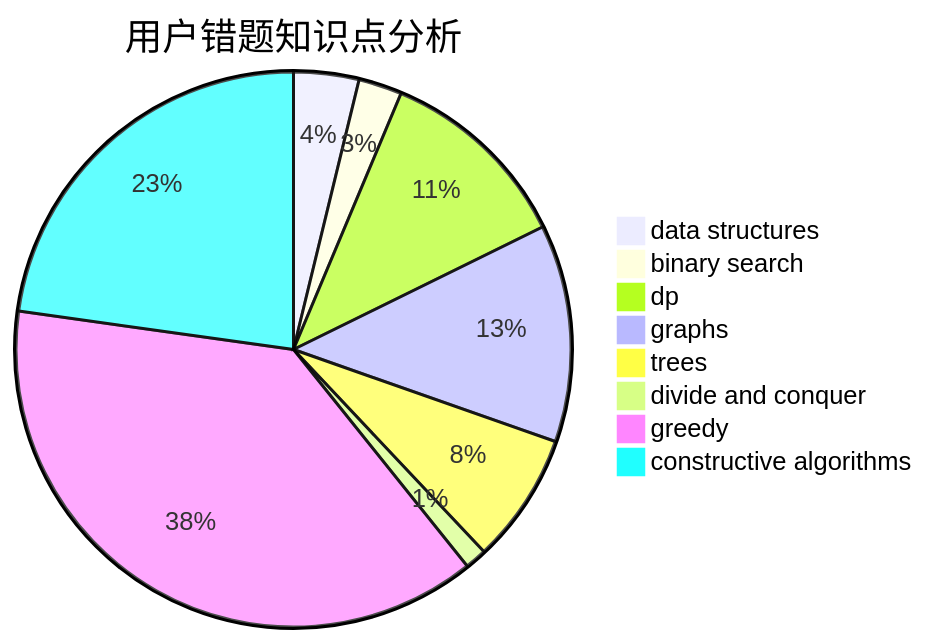
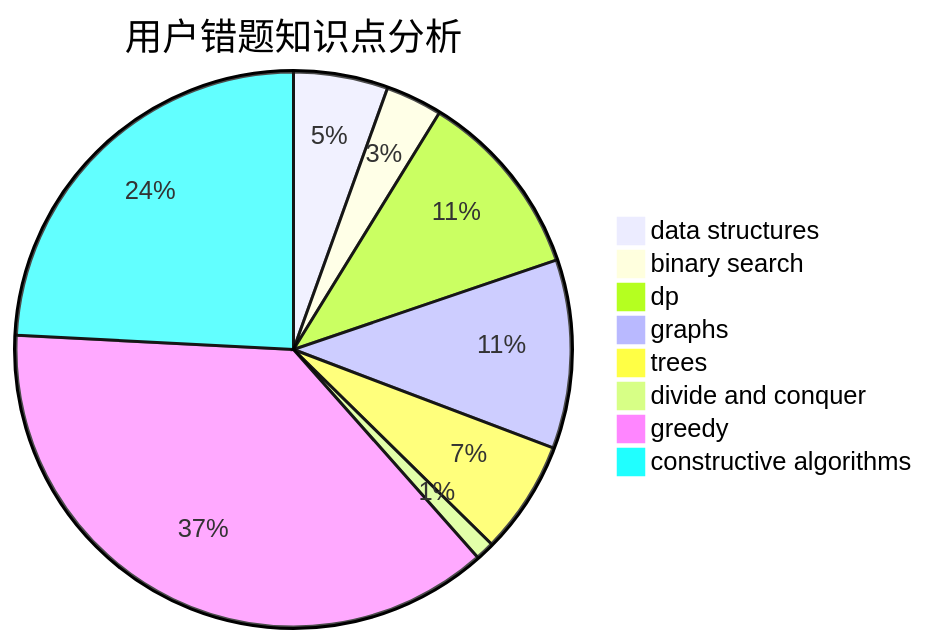
The third of 3 diagrams in docs/user/u819.md (sherpahu/cfrs.github.io), drawn with Mermaid before and after one commit. The commit also changed other lines of this file and 2770 other files, not shown here.

````diff
--- a/docs/user/u819.md
+++ b/docs/user/u819.md
@@ -36,11 +36,11 @@
 ```mermaid
 pie title 用户错题知识点分析
-    "data structures" :  3
-    "binary search" :  2
-    "dp" :  9
+    "data structures" :  5
+    "binary search" :  3
+    "dp" :  10
     "graphs" :  10
     "trees" :  6
     "divide and conquer" :  1
-    "greedy" :  30
-    "constructive algorithms" :  18
+    "greedy" :  34
+    "constructive algorithms" :  22
 ```
````
